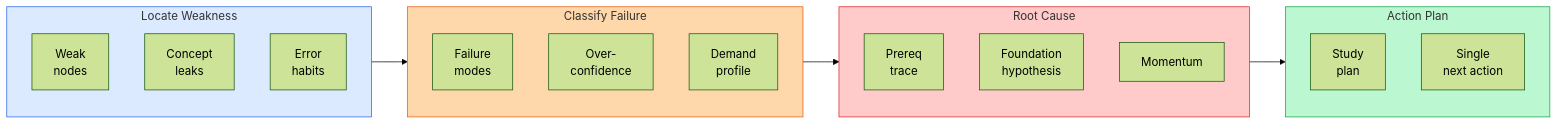
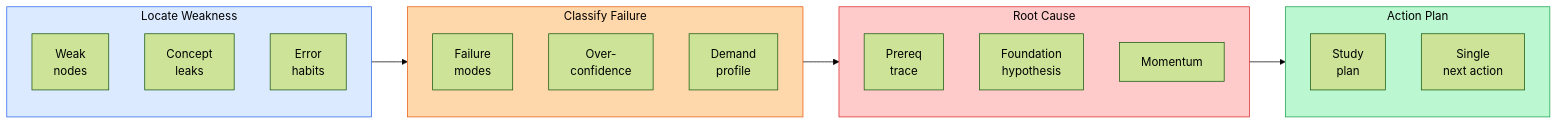
One commit to devangi-08/LECO changed the sixth of 7 diagrams in CASE_STUDY.md. Above: the diagram before and after it, drawn with Mermaid (forest theme). The commit also changed other lines of this file, not shown here.

````diff
--- a/CASE_STUDY.md
+++ b/CASE_STUDY.md
@@ -215,32 +215,32 @@
 ```mermaid
 flowchart LR
     subgraph LOCATE["Locate Weakness"]
         F1["Weak\nnodes"]
         F2["Concept\nleaks"]
         F3["Error\nhabits"]
     end
 
     subgraph CLASSIFY["Classify Failure"]
         F4["Failure\nmodes"]
         F5["Over-\nconfidence"]
         F7["Demand\nprofile"]
     end
 
     subgraph ROOT["Root Cause"]
         F9["Prereq\ntrace"]
         F10["Foundation\nhypothesis"]
         F11["Momentum"]
     end
 
     subgraph ACT["Action Plan"]
         F17["Study\nplan"]
         F18["Single\nnext action"]
     end
 
     LOCATE --> CLASSIFY --> ROOT --> ACT
 
-    style LOCATE fill:#dbeafe,stroke:#2563eb
-    style CLASSIFY fill:#fed7aa,stroke:#ea580c
-    style ROOT fill:#fecaca,stroke:#dc2626
-    style ACT fill:#bbf7d0,stroke:#16a34a
+    style LOCATE fill:#dbeafe,stroke:#2563eb,color:#000000
+    style CLASSIFY fill:#fed7aa,stroke:#ea580c,color:#000000
+    style ROOT fill:#fecaca,stroke:#dc2626,color:#000000
+    style ACT fill:#bbf7d0,stroke:#16a34a,color:#000000
 ```
````
